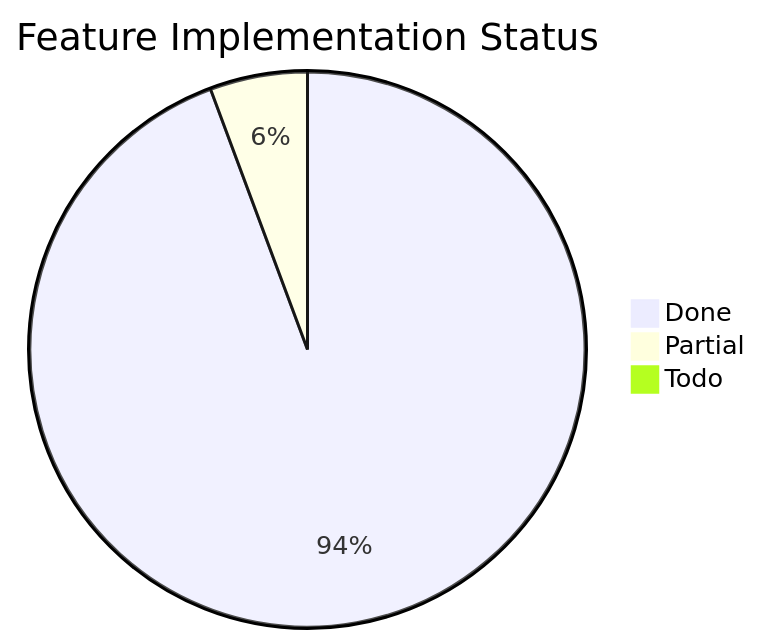
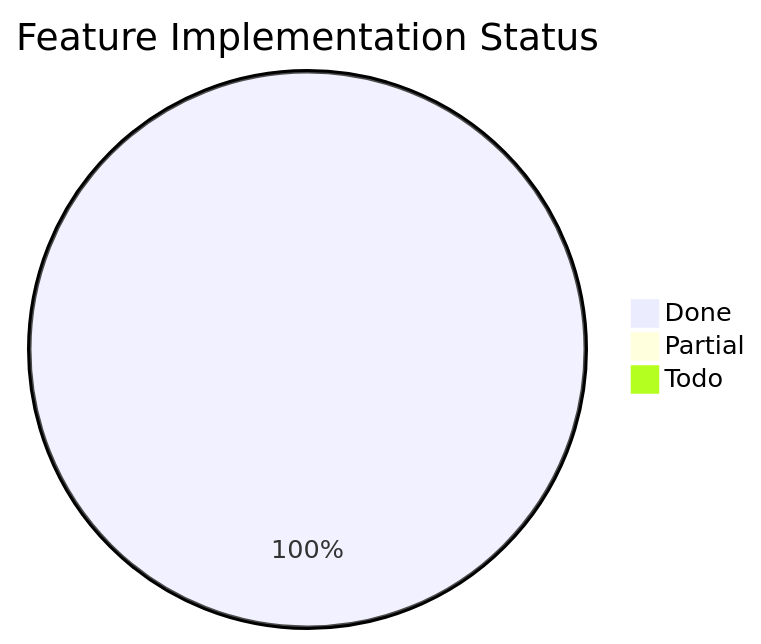
The third of 3 diagrams in docs/word-features.md (Papyrine/Morph), drawn with Mermaid before and after one commit. The commit also changed other lines of this file and 14 other files, not shown here.

````diff
--- a/docs/word-features.md
+++ b/docs/word-features.md
@@ -1950,6 +1948,6 @@
 ```mermaid
 pie title Feature Implementation Status
-    "Done" : 133
-    "Partial" : 8
+    "Done" : 141
+    "Partial" : 0
     "Todo" : 0
 ```
````
